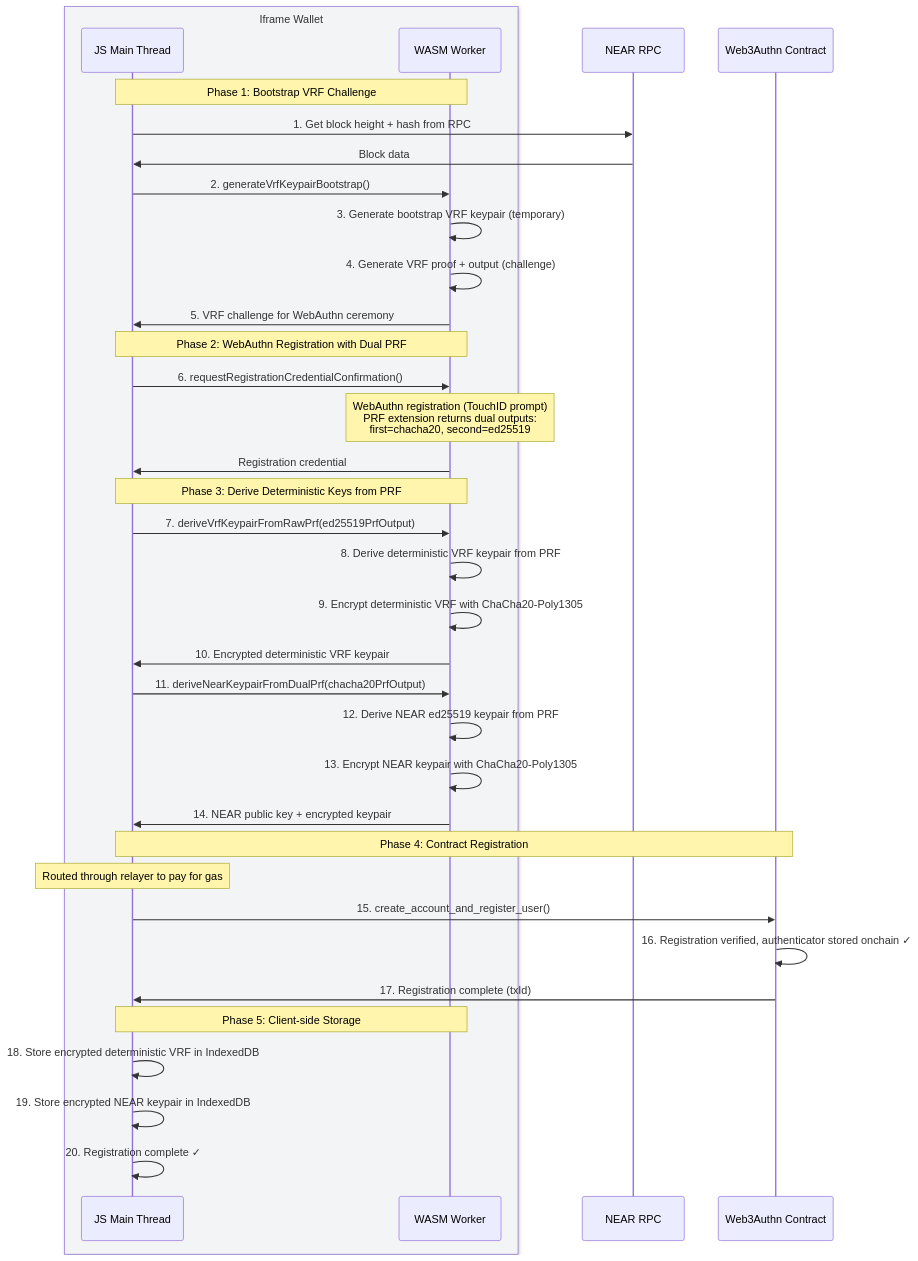
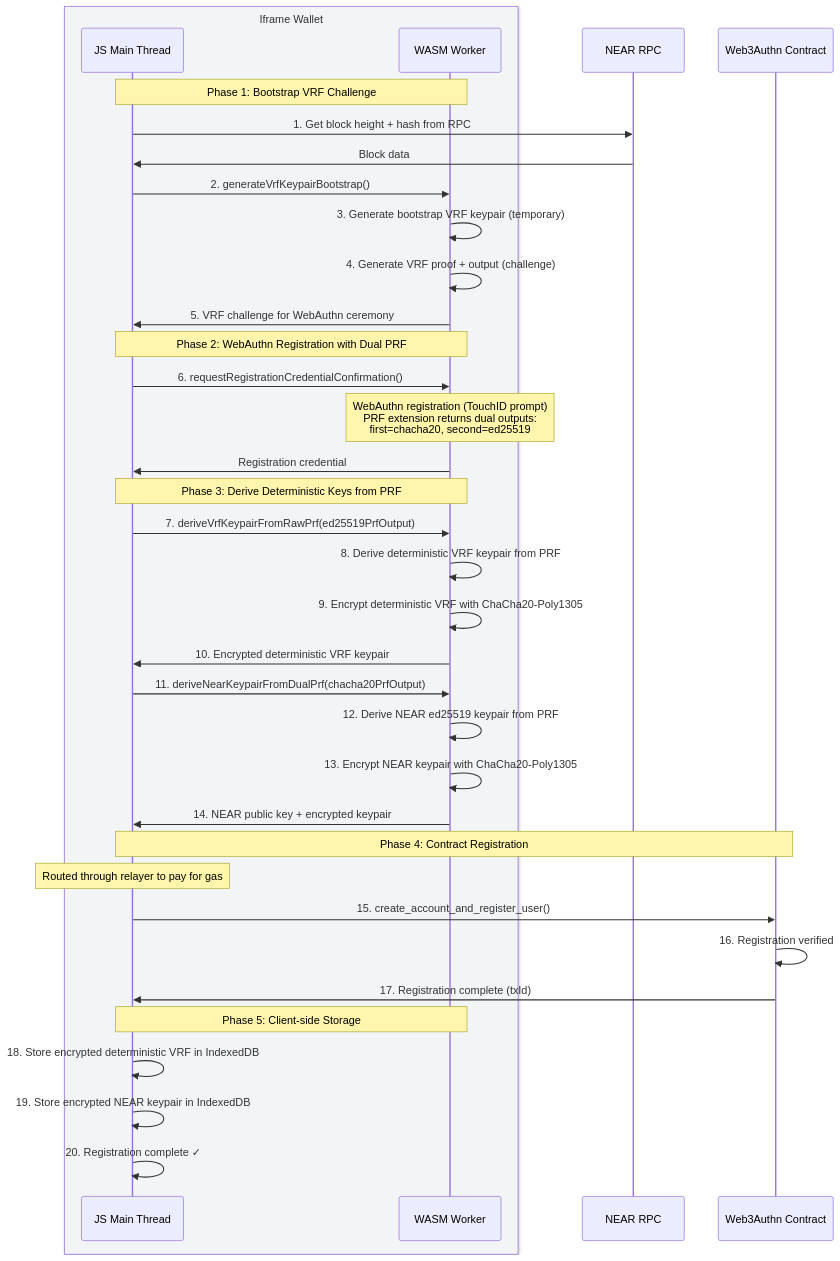
The first of 5 diagrams in examples/tatchi-docs/src/docs/concepts/architecture.md (web3-authn/tatchi), drawn with Mermaid before and after one commit. The commit also changed 1 other file, not shown here.

Commit message:
update diagram for registraiton

````diff
--- a/examples/tatchi-docs/src/docs/concepts/architecture.md
+++ b/examples/tatchi-docs/src/docs/concepts/architecture.md
@@ -43,44 +43,44 @@
 ```mermaid
 sequenceDiagram
     box rgb(243, 244, 246) Iframe Wallet
     participant JSMain as JS Main Thread
     participant Worker as WASM Worker
     end
     participant NEAR as NEAR RPC
     participant Contract as Web3Authn Contract
 
     Note over JSMain,Worker: Phase 1: Bootstrap VRF Challenge
     JSMain->>NEAR: 1. Get block height + hash from RPC
     NEAR->>JSMain: Block data
     JSMain->>Worker: 2. generateVrfKeypairBootstrap()
     Worker->>Worker: 3. Generate bootstrap VRF keypair (temporary)
     Worker->>Worker: 4. Generate VRF proof + output (challenge)
     Worker->>JSMain: 5. VRF challenge for WebAuthn ceremony
 
     Note over JSMain,Worker: Phase 2: WebAuthn Registration with Dual PRF
     JSMain->>Worker: 6. requestRegistrationCredentialConfirmation()
     Note over Worker: WebAuthn registration (TouchID prompt)<br/>PRF extension returns dual outputs:<br/>first=chacha20, second=ed25519
     Worker->>JSMain: Registration credential
 
     Note over JSMain,Worker: Phase 3: Derive Deterministic Keys from PRF
     JSMain->>Worker: 7. deriveVrfKeypairFromRawPrf(ed25519PrfOutput)
     Worker->>Worker: 8. Derive deterministic VRF keypair from PRF
     Worker->>Worker: 9. Encrypt deterministic VRF with ChaCha20-Poly1305
     Worker->>JSMain: 10. Encrypted deterministic VRF keypair
 
     JSMain->>Worker: 11. deriveNearKeypairFromDualPrf(chacha20PrfOutput)
     Worker->>Worker: 12. Derive NEAR ed25519 keypair from PRF
     Worker->>Worker: 13. Encrypt NEAR keypair with ChaCha20-Poly1305
     Worker->>JSMain: 14. NEAR public key + encrypted keypair
 
     Note over JSMain,Contract: Phase 4: Contract Registration
     Note over JSMain: Routed through relayer to pay for gas
     JSMain->>Contract: 15. create_account_and_register_user()
-    Contract->>Contract: 16. Registration verified, authenticator stored onchain ✓
+    Contract->>Contract: 16. Registration verified
     Contract->>JSMain: 17. Registration complete (txId)
 
     Note over JSMain,Worker: Phase 5: Client-side Storage
     JSMain->>JSMain: 18. Store encrypted deterministic VRF in IndexedDB
     JSMain->>JSMain: 19. Store encrypted NEAR keypair in IndexedDB
     JSMain->>JSMain: 20. Registration complete ✓
 ```
````
